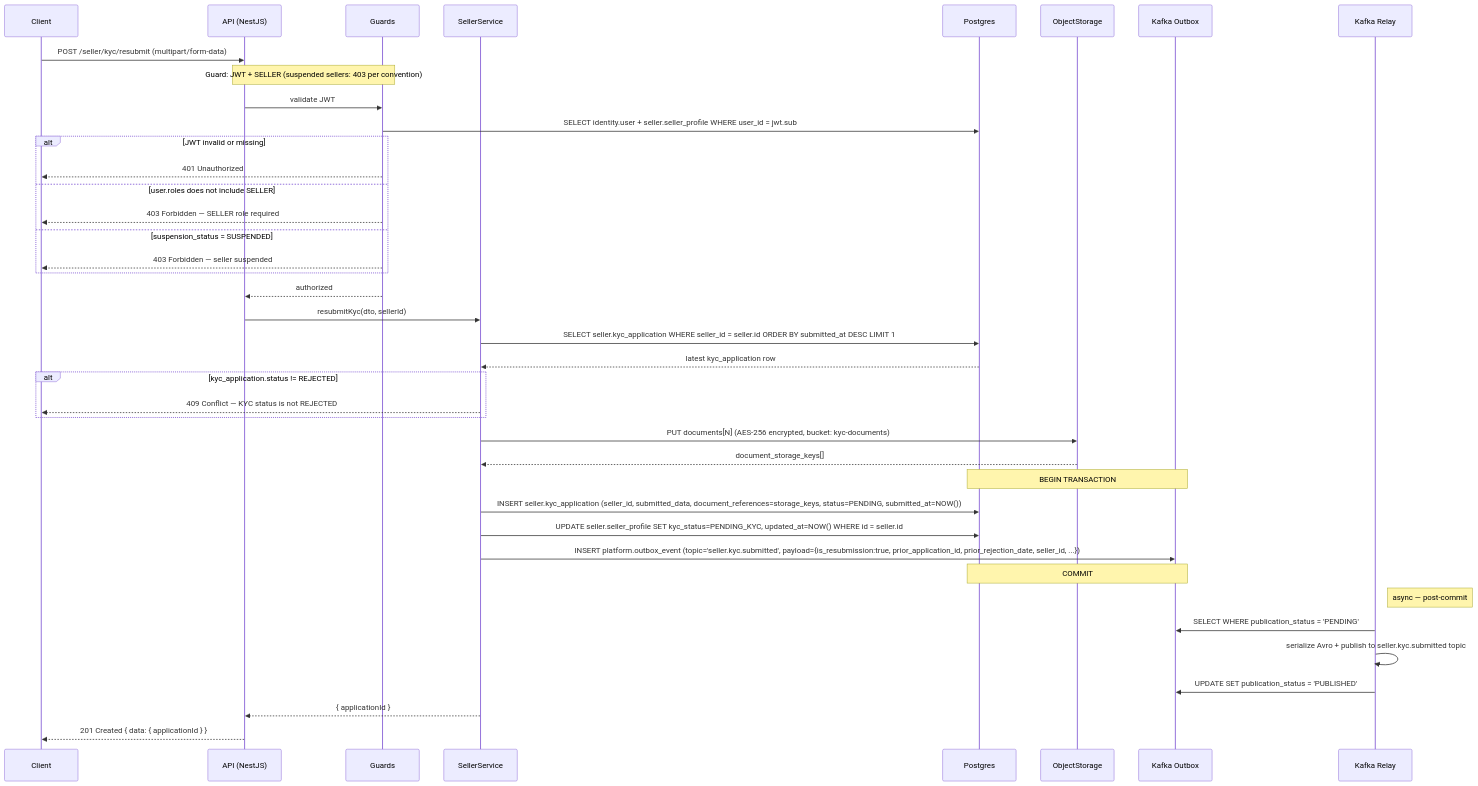
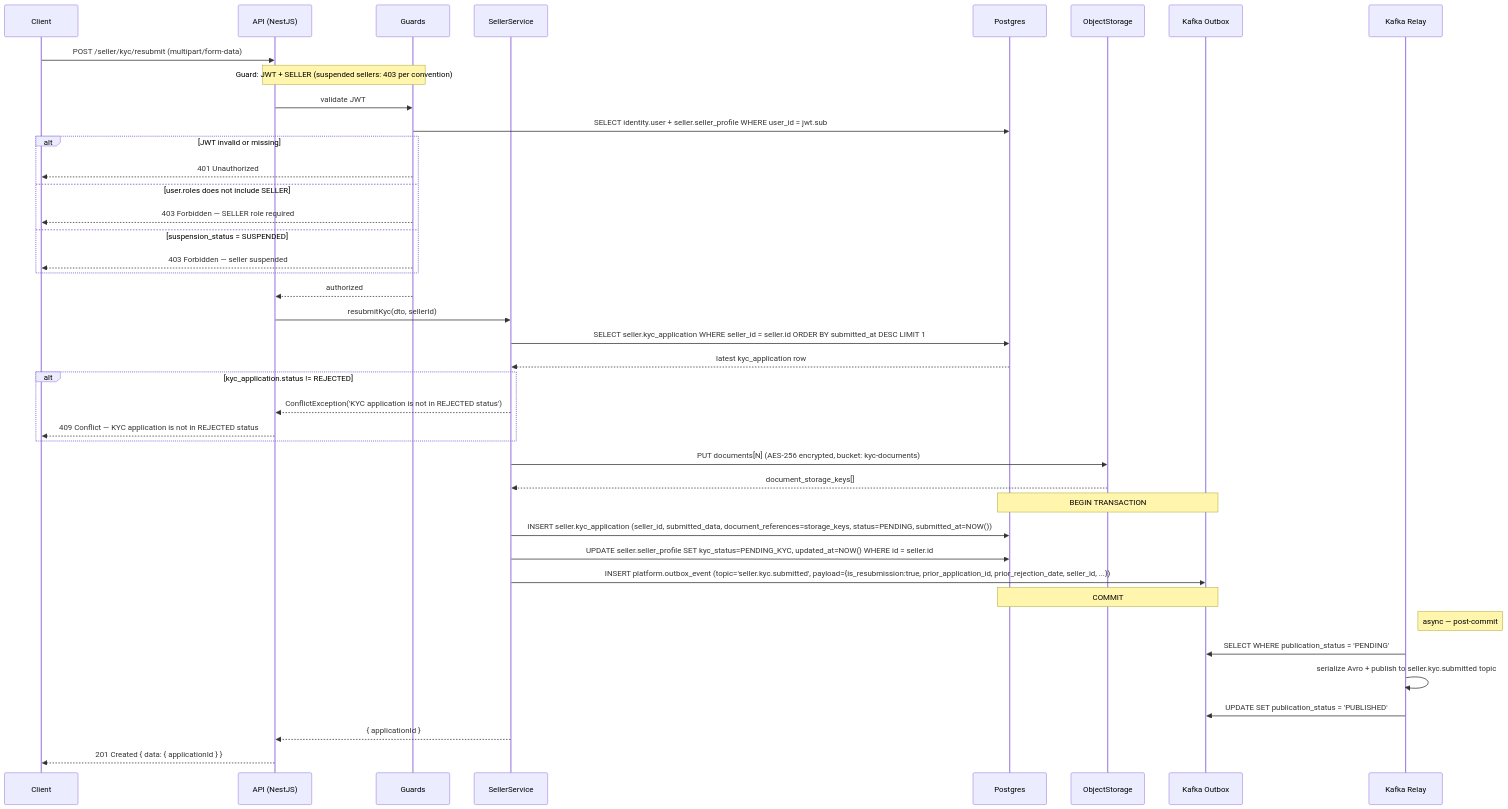
One commit to alisa-uthi/aliceut-ecom-document changed the fifth of 21 diagrams in phase-1/technical-design/api-design/seller.md. Above: the diagram before and after it, drawn with Mermaid. The commit also changed other lines of this file and 35 other files, not shown here.

````diff
--- a/phase-1/technical-design/api-design/seller.md
+++ b/phase-1/technical-design/api-design/seller.md
@@ -344,48 +344,49 @@
 ```mermaid
 sequenceDiagram
     participant C as Client
     participant A as API (NestJS)
     participant G as Guards
     participant SS as SellerService
     participant P as Postgres
     participant ObjS as ObjectStorage
     participant KO as Kafka Outbox
     participant KR as Kafka Relay
 
     C->>A: POST /seller/kyc/resubmit (multipart/form-data)
     Note over A,G: Guard: JWT + SELLER (suspended sellers: 403 per convention)
     A->>G: validate JWT
     G->>P: SELECT identity.user + seller.seller_profile WHERE user_id = jwt.sub
     alt JWT invalid or missing
         G-->>C: 401 Unauthorized
     else user.roles does not include SELLER
         G-->>C: 403 Forbidden — SELLER role required
     else suspension_status = SUSPENDED
         G-->>C: 403 Forbidden — seller suspended
     end
     G-->>A: authorized
 
     A->>SS: resubmitKyc(dto, sellerId)
     SS->>P: SELECT seller.kyc_application WHERE seller_id = seller.id ORDER BY submitted_at DESC LIMIT 1
     P-->>SS: latest kyc_application row
     alt kyc_application.status != REJECTED
-        SS-->>C: 409 Conflict — KYC status is not REJECTED
+        SS-->>A: ConflictException('KYC application is not in REJECTED status')
+        A-->>C: 409 Conflict — KYC application is not in REJECTED status
     end
 
     SS->>ObjS: PUT documents[N] (AES-256 encrypted, bucket: kyc-documents)
     ObjS-->>SS: document_storage_keys[]
 
     Note over P,KO: BEGIN TRANSACTION
     SS->>P: INSERT seller.kyc_application (seller_id, submitted_data, document_references=storage_keys, status=PENDING, submitted_at=NOW())
     SS->>P: UPDATE seller.seller_profile SET kyc_status=PENDING_KYC, updated_at=NOW() WHERE id = seller.id
     SS->>KO: INSERT platform.outbox_event (topic='seller.kyc.submitted', payload={is_resubmission:true, prior_application_id, prior_rejection_date, seller_id, ...})
     Note over P,KO: COMMIT
 
     Note right of KR: async — post-commit
     KR->>KO: SELECT WHERE publication_status = 'PENDING'
     KR->>KR: serialize Avro + publish to seller.kyc.submitted topic
     KR->>KO: UPDATE SET publication_status = 'PUBLISHED'
 
     SS-->>A: { applicationId }
     A-->>C: 201 Created { data: { applicationId } }
 ```
````
